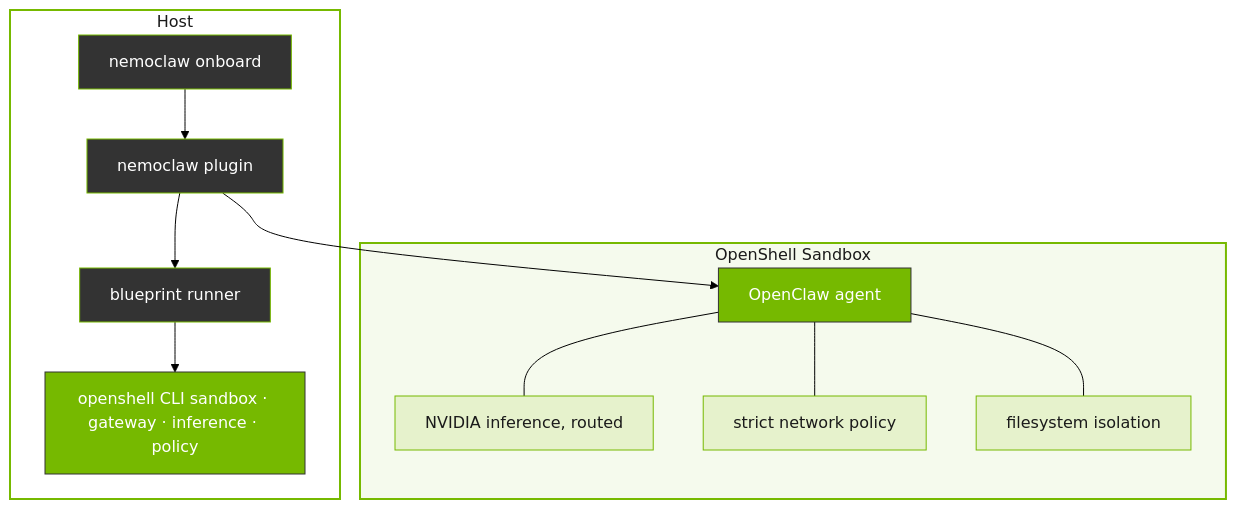
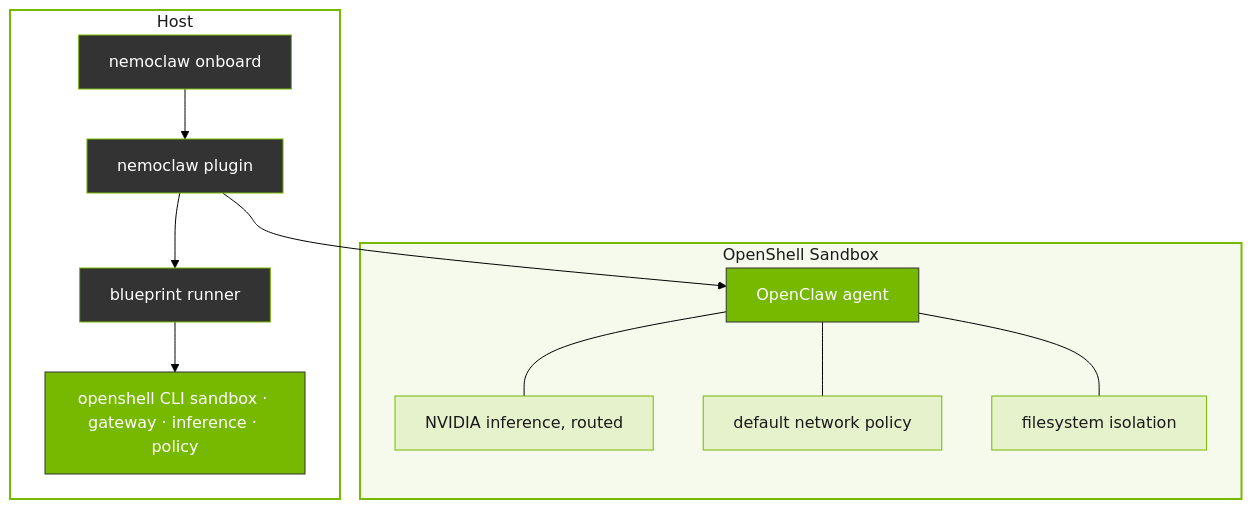
Before and after one commit to Solizardking/NemoClaw: the diagram in docs/about/how-it-works.md, drawn with Mermaid (forest theme). The commit also changed 4 other files, not shown here.

First line of the commit message:
docs: rename strict policy tier to default (#603)

````diff
--- a/docs/about/how-it-works.md
+++ b/docs/about/how-it-works.md
@@ -31,38 +31,38 @@
 ```{mermaid}
 flowchart TB
     subgraph Host
         CMD["nemoclaw onboard"]
         PLUGIN[nemoclaw plugin]
         BLUEPRINT[blueprint runner]
         CLI["openshell CLI sandbox · gateway · inference · policy"]
 
         CMD --> PLUGIN
         PLUGIN --> BLUEPRINT
         BLUEPRINT --> CLI
     end
 
     subgraph Sandbox["OpenShell Sandbox"]
         AGENT[OpenClaw agent]
         INF[NVIDIA inference, routed]
-        NET[strict network policy]
+        NET[default network policy]
         FS[filesystem isolation]
 
         AGENT --- INF
         AGENT --- NET
         AGENT --- FS
     end
 
     PLUGIN --> AGENT
 
     classDef nv fill:#76b900,stroke:#333,color:#fff
     classDef nvLight fill:#e6f2cc,stroke:#76b900,color:#1a1a1a
     classDef nvDark fill:#333,stroke:#76b900,color:#fff
 
     class CMD,PLUGIN,BLUEPRINT nvDark
     class CLI nv
     class AGENT nv
     class INF,NET,FS nvLight
 
     style Host fill:none,stroke:#76b900,stroke-width:2px,color:#1a1a1a
     style Sandbox fill:#f5faed,stroke:#76b900,stroke-width:2px,color:#1a1a1a
 ```
````
